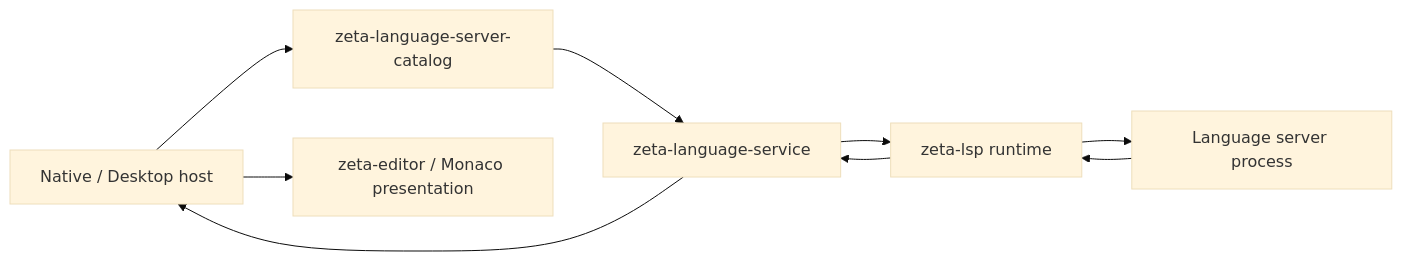
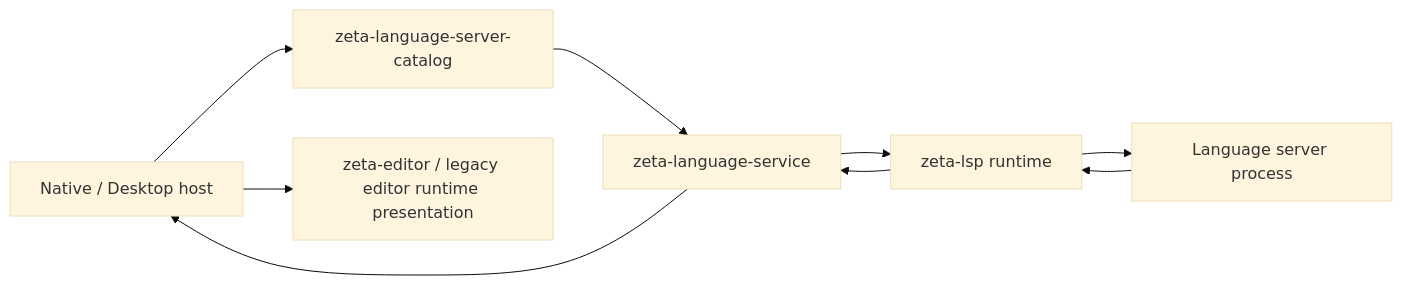
The diagram in docs/lsp.md (chogng/zeta), drawn with Mermaid (base theme) before and after one commit. The commit also changed other lines of this file and 123 other files, not shown here.

First line of the commit message:
Refactor editor architecture and remove legacy dependencies

````diff
--- a/docs/lsp.md
+++ b/docs/lsp.md
@@ -36,11 +36,11 @@
 ```mermaid
 flowchart LR
     Host["Native / Desktop host"] --> Catalog["zeta-language-server-catalog"]
     Catalog --> Service["zeta-language-service"]
     Service --> Runtime["zeta-lsp runtime"]
     Runtime --> Server["Language server process"]
     Server --> Runtime
     Runtime --> Service
     Service --> Host
-    Host --> Editor["zeta-editor / Monaco presentation"]
+    Host --> Editor["zeta-editor / legacy editor runtime presentation"]
 ```
````
